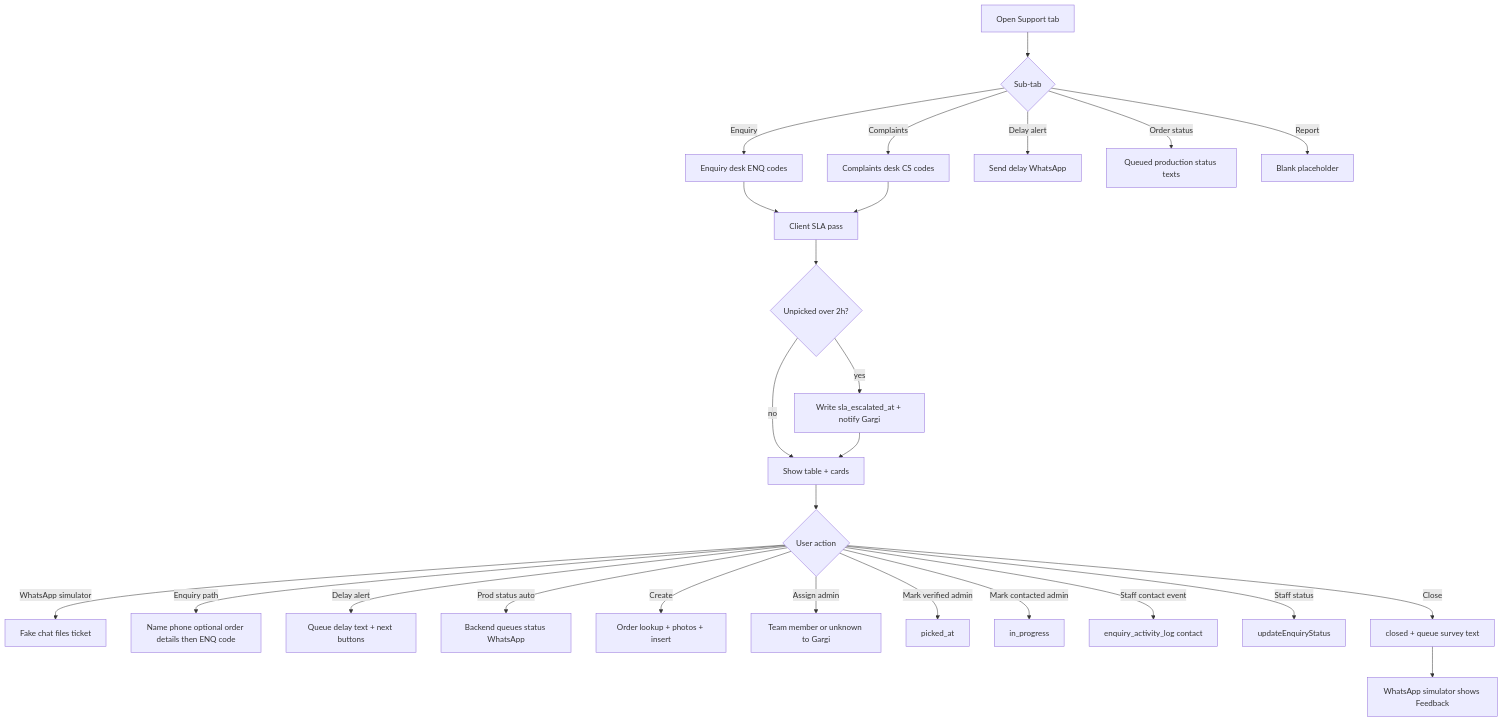
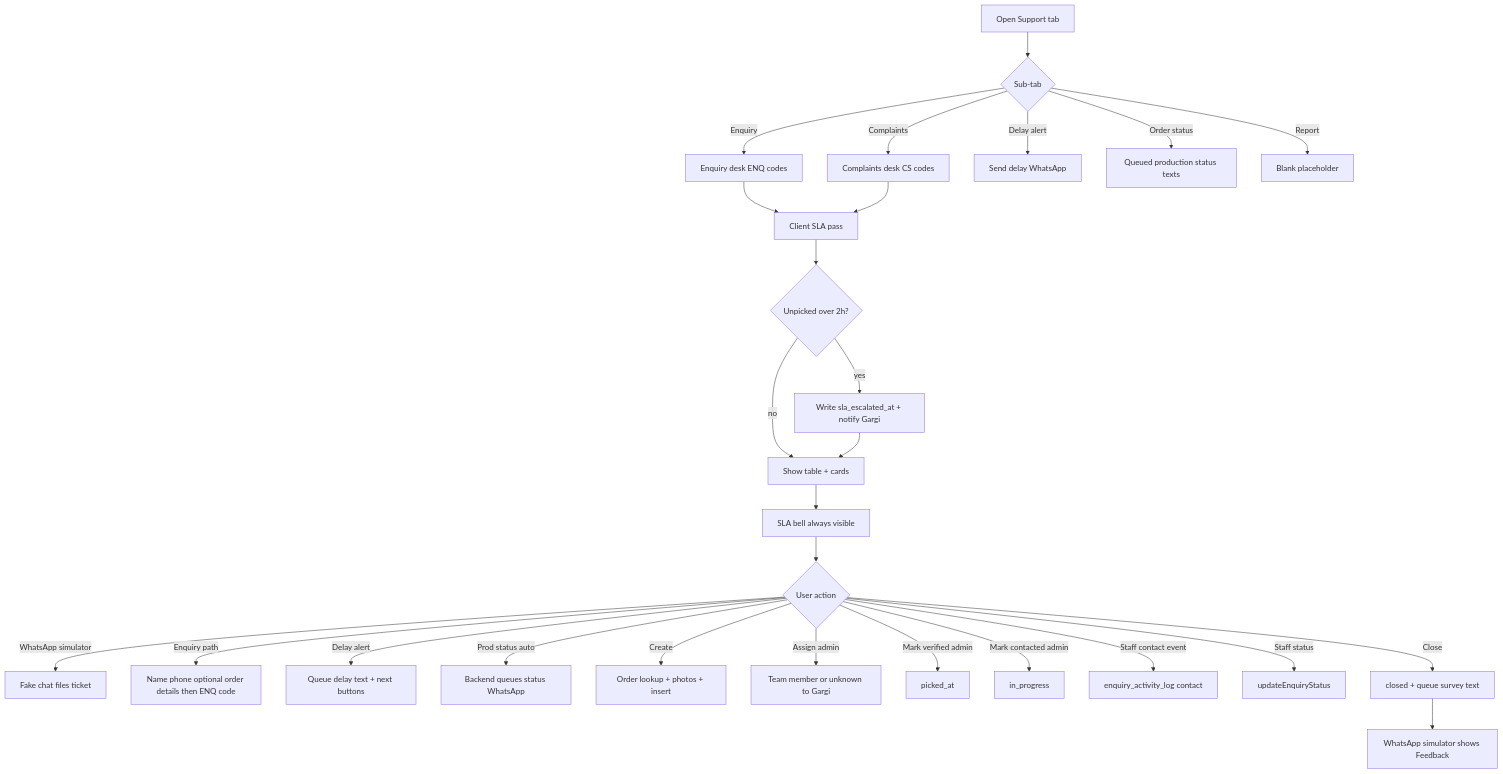
Diagram 29 of 48 in docs/FLOWCHARTS.md (Mayur8291/Printing-Tracker), drawn with Mermaid before and after one commit.

Commit message:
docs: note Support SLA bell stays visible
Keep the flowchart in sync with the always-visible desk bell.

````diff
--- a/docs/FLOWCHARTS.md
+++ b/docs/FLOWCHARTS.md
@@ -564,28 +564,29 @@
 ```mermaid
 flowchart TD
   A[Open Support tab] --> ST{Sub-tab}
   ST -->|Enquiry| ENQ[Enquiry desk ENQ codes]
   ST -->|Complaints| B[Complaints desk CS codes]
   ST -->|Delay alert| DATab[Send delay WhatsApp]
   ST -->|Order status| OSTab[Queued production status texts]
   ST -->|Report| BL2[Blank placeholder]
   ENQ --> C[Client SLA pass]
   B --> C
   C --> D{Unpicked over 2h?}
   D -->|yes| E[Write sla_escalated_at + notify Gargi]
   D -->|no| F[Show table + cards]
   E --> F
-  F --> G{User action}
+  F --> Bell[SLA bell always visible]
+  Bell --> G{User action}
   G -->|WhatsApp simulator| S[Fake chat files ticket]
   G -->|Enquiry path| EP[Name phone optional order details then ENQ code]
   G -->|Delay alert| DA[Queue delay text + next buttons]
   G -->|Prod status auto| PS[Backend queues status WhatsApp]
   G -->|Create| H[Order lookup + photos + insert]
   G -->|Assign admin| I[Team member or unknown to Gargi]
   G -->|Mark verified admin| J[picked_at]
   G -->|Mark contacted admin| K[in_progress]
   G -->|Staff contact event| CH[enquiry_activity_log contact]
   G -->|Staff status| SS[updateEnquiryStatus]
   G -->|Close| L[closed + queue survey text]
   L --> M[WhatsApp simulator shows Feedback]
 ```
````
